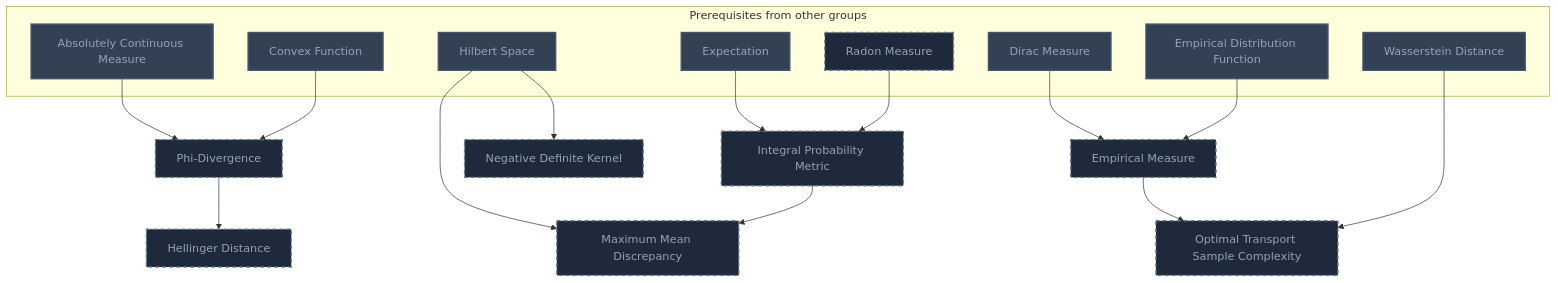
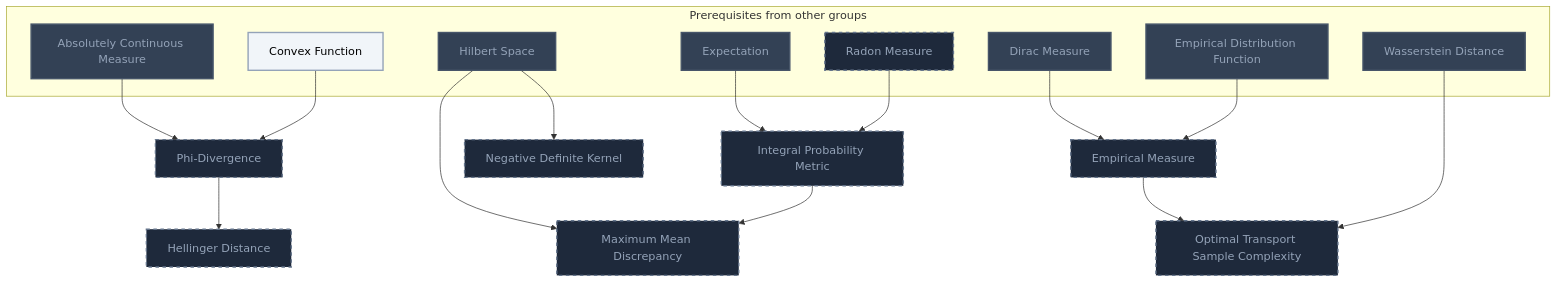
One commit to MRauf1/My-Notes changed the seventh of 9 diagrams in Gamification/Skill Trees/Optimal Transport.md. Above: the diagram before and after it, drawn with Mermaid. The commit also changed other lines of this file and 156 other files, not shown here.

````diff
--- a/Gamification/Skill Trees/Optimal Transport.md
+++ b/Gamification/Skill Trees/Optimal Transport.md
@@ -315,44 +317,45 @@
 ```mermaid
 flowchart TD
     classDef planned fill:#1E293B,stroke:#64748B,stroke-width:2px,stroke-dasharray:5 5,color:#94A3B8;
     classDef locked fill:#334155,stroke:#475569,stroke-width:2px,color:#94A3B8;
     classDef L0 fill:#F1F5F9,stroke:#94A3B8,stroke-width:2px,color:#000000;
     classDef L1 fill:#22C55E,stroke:#15803D,stroke-width:2px,color:#000000;
     classDef L2 fill:#3B82F6,stroke:#1D4ED8,stroke-width:3px,color:#FFFFFF;
     classDef L3 fill:#A855F7,stroke:#6B21A8,stroke-width:3px,color:#FFFFFF,font-weight:bold;
     classDef L4 fill:#F97316,stroke:#C2410C,stroke-width:4px,color:#000000,font-weight:bold;
     classDef L5 fill:#FFD700,stroke:#FF8C00,stroke-width:5px,color:#000000,font-weight:bold;
     classDef rusty stroke:#8B4513,stroke-width:4px,stroke-dasharray:3 3;
     subgraph sg_prereqs["Prerequisites from other groups"]
         n_absolutely_continuous_measure["Absolutely Continuous Measure"]
         n_convex_function["Convex Function"]
         n_expectation["Expectation"]
         n_radon_measure["Radon Measure"]
         n_hilbert_space["Hilbert Space"]
         n_dirac_measure["Dirac Measure"]
         n_empirical_distribution_function["Empirical Distribution Function"]
         n_wasserstein_distance["Wasserstein Distance"]
     end
     n_phi_divergence["Phi-Divergence"]
     n_hellinger_distance["Hellinger Distance"]
     n_integral_probability_metric["Integral Probability Metric"]
     n_maximum_mean_discrepancy["Maximum Mean Discrepancy"]
     n_negative_definite_kernel["Negative Definite Kernel"]
     n_empirical_measure["Empirical Measure"]
     n_optimal_transport_sample_complexity["Optimal Transport Sample Complexity"]
     n_absolutely_continuous_measure --> n_phi_divergence
     n_convex_function --> n_phi_divergence
     n_phi_divergence --> n_hellinger_distance
     n_expectation --> n_integral_probability_metric
     n_radon_measure --> n_integral_probability_metric
     n_hilbert_space --> n_maximum_mean_discrepancy
     n_integral_probability_metric --> n_maximum_mean_discrepancy
     n_hilbert_space --> n_negative_definite_kernel
     n_dirac_measure --> n_empirical_measure
     n_empirical_distribution_function --> n_empirical_measure
     n_empirical_measure --> n_optimal_transport_sample_complexity
     n_wasserstein_distance --> n_optimal_transport_sample_complexity
     class n_radon_measure,n_phi_divergence,n_hellinger_distance,n_integral_probability_metric,n_maximum_mean_discrepancy,n_negative_definite_kernel,n_empirical_measure,n_optimal_transport_sample_complexity planned;
-    class n_absolutely_continuous_measure,n_convex_function,n_expectation,n_hilbert_space,n_dirac_measure,n_empirical_distribution_function,n_wasserstein_distance locked;
+    class n_absolutely_continuous_measure,n_expectation,n_hilbert_space,n_dirac_measure,n_empirical_distribution_function,n_wasserstein_distance locked;
+    class n_convex_function L0;
     class n_absolutely_continuous_measure,n_convex_function,n_expectation,n_hilbert_space,n_dirac_measure,n_empirical_distribution_function,n_wasserstein_distance internal-link;
 ```
````
